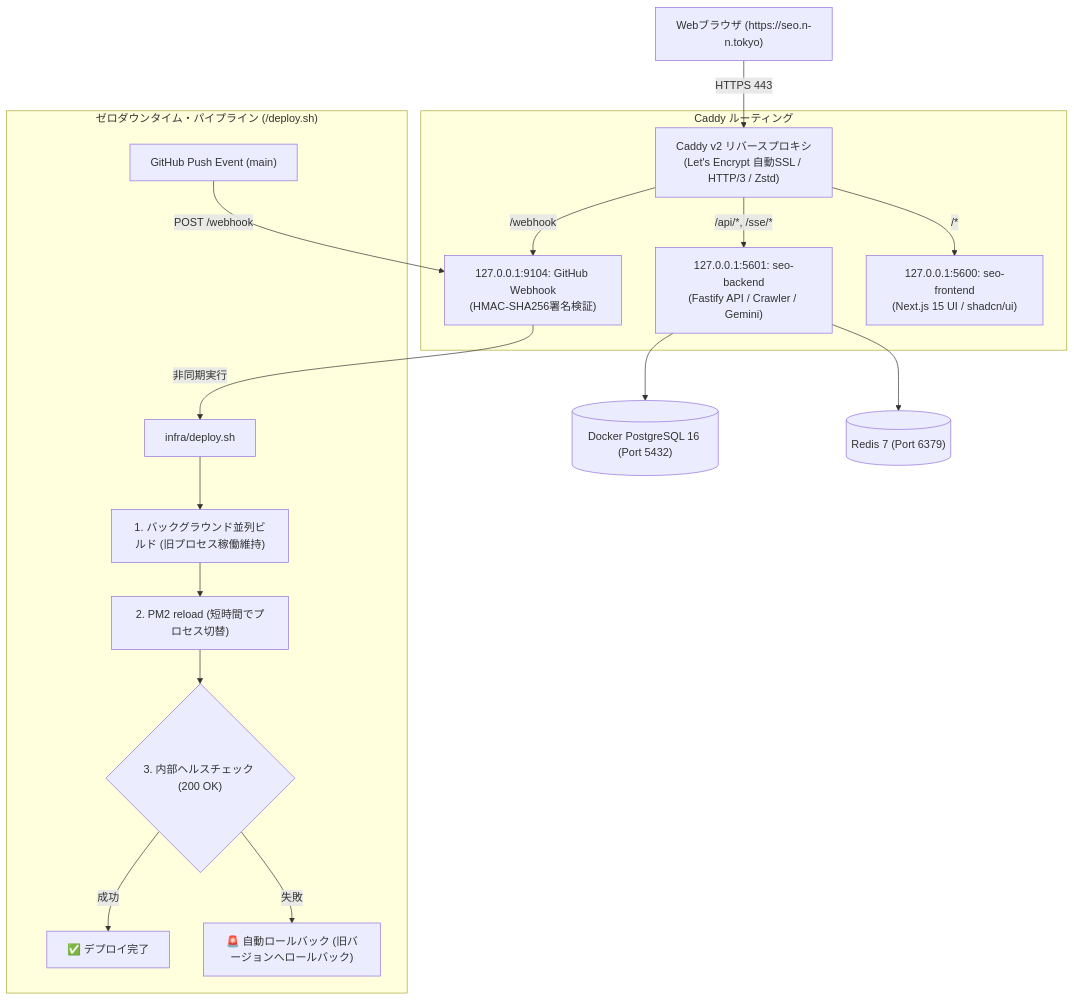
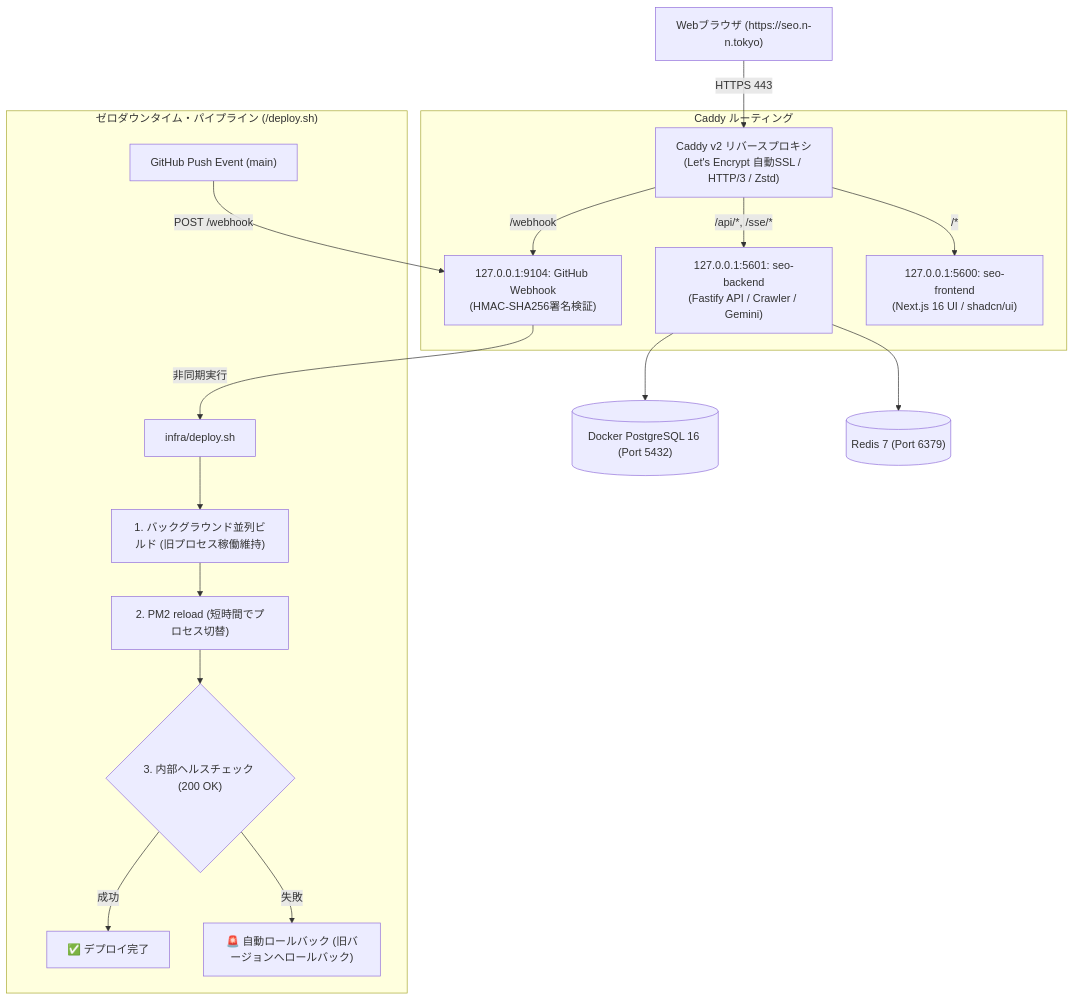
Before and after one commit to nntokyo/seo.n-n.tokyo: the diagram in README.md, drawn with Mermaid. The commit also changed other lines of this file and 28 other files, not shown here.

Commit message:
fix: upgrade platform dependencies and API flows

````diff
--- a/README.md
+++ b/README.md
@@ -42,23 +42,23 @@
 ```mermaid
 flowchart TD
     Client["Webブラウザ (https://seo.n-n.tokyo)"] -->|HTTPS 443| Caddy["Caddy v2 リバースプロキシ\n(Let's Encrypt 自動SSL / HTTP/3 / Zstd)"]
     
     subgraph Routing["Caddy ルーティング"]
         Caddy -->|/webhook| Webhook["127.0.0.1:9104: GitHub Webhook\n(HMAC-SHA256署名検証)"]
         Caddy -->|/api/*, /sse/*| Backend["127.0.0.1:5601: seo-backend\n(Fastify API / Crawler / Gemini)"]
-        Caddy -->|/*| Frontend["127.0.0.1:5600: seo-frontend\n(Next.js 15 UI / shadcn/ui)"]
+        Caddy -->|/*| Frontend["127.0.0.1:5600: seo-frontend\n(Next.js 16 UI / shadcn/ui)"]
     end
 
     subgraph ZeroDowntime["ゼロダウンタイム・パイプライン (/deploy.sh)"]
         GitHub["GitHub Push Event (main)"] -->|POST /webhook| Webhook
         Webhook -->|非同期実行| DeployScript["infra/deploy.sh"]
         DeployScript --> Build["1. バックグラウンド並列ビルド (旧プロセス稼働維持)"]
         Build --> Reload["2. PM2 reload (短時間でプロセス切替)"]
         Reload --> Health{"3. 内部ヘルスチェック (200 OK)"}
         Health -- 成功 --> Success["✅ デプロイ完了"]
         Health -- 失敗 --> Rollback["🚨 自動ロールバック (旧バージョンへロールバック)"]
     end
 
     Backend --> Postgres[("Docker PostgreSQL 16 (Port 5432)")]
     Backend --> Redis[("Redis 7 (Port 6379)")]
 ```
````
